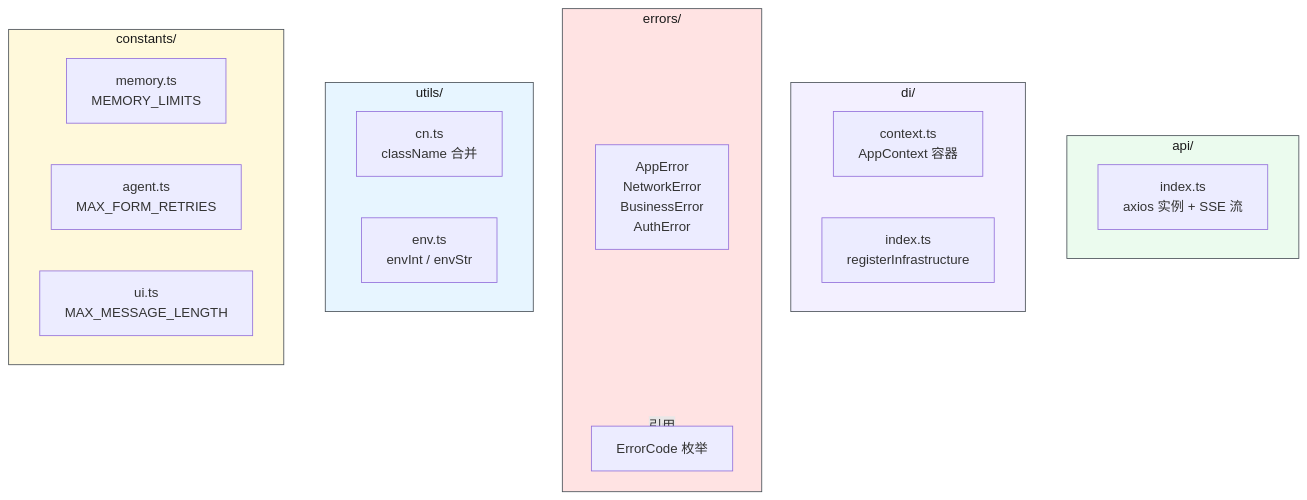
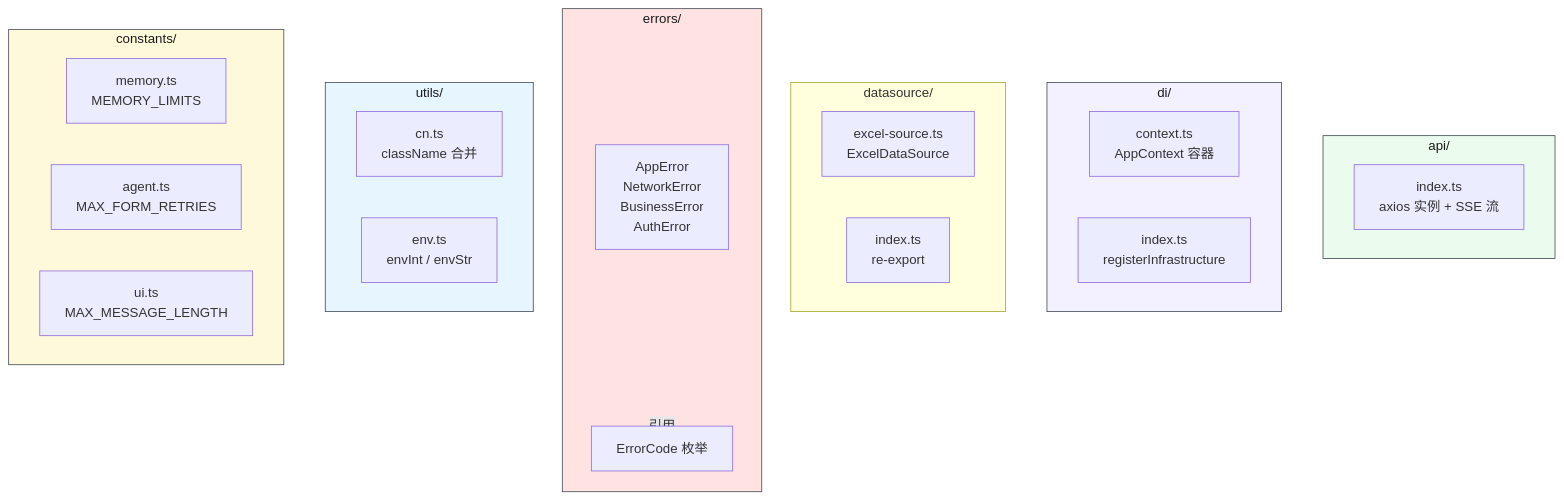
Before and after one commit to yjzaaa/leave-approval-agent: the first of 3 diagrams in src/infrastructure/CLAUDE.md, drawn with Mermaid. The commit also changed other lines of this file and 3 other files, not shown here.

````diff
--- a/src/infrastructure/CLAUDE.md
+++ b/src/infrastructure/CLAUDE.md
@@ -24,35 +25,40 @@
 ```mermaid
 graph TD
     subgraph API["api/"]
         Axios["index.ts<br/>axios 实例 + SSE 流"]
     end
 
     subgraph DI["di/"]
         Context["context.ts<br/>AppContext 容器"]
         RegFunc["index.ts<br/>registerInfrastructure"]
+    end
+
+    subgraph DS["datasource/"]
+        ExcelSrc["excel-source.ts<br/>ExcelDataSource"]
+        DSIndex["index.ts<br/>re-export"]
     end
 
     subgraph Errors["errors/"]
         AppError["AppError<br/>NetworkError<br/>BusinessError<br/>AuthError"]
         ErrorCode["ErrorCode 枚举"]
     end
 
     subgraph Utils["utils/"]
         Cn["cn.ts<br/>className 合并"]
         Env["env.ts<br/>envInt / envStr"]
     end
 
     subgraph Constants["constants/"]
         MemConst["memory.ts<br/>MEMORY_LIMITS"]
         AgentConst["agent.ts<br/>MAX_FORM_RETRIES"]
         UiConst["ui.ts<br/>MAX_MESSAGE_LENGTH"]
     end
 
     Errors -->|"引用"| ErrorCode
 
     style API fill:#ebfbee,stroke:#495057,color:#1a1a1a
     style DI fill:#f3f0ff,stroke:#495057,color:#1a1a1a
     style Errors fill:#ffe3e3,stroke:#495057,color:#1a1a1a
     style Utils fill:#e7f5ff,stroke:#495057,color:#1a1a1a
     style Constants fill:#fff9db,stroke:#495057,color:#1a1a1a
 ```
````
